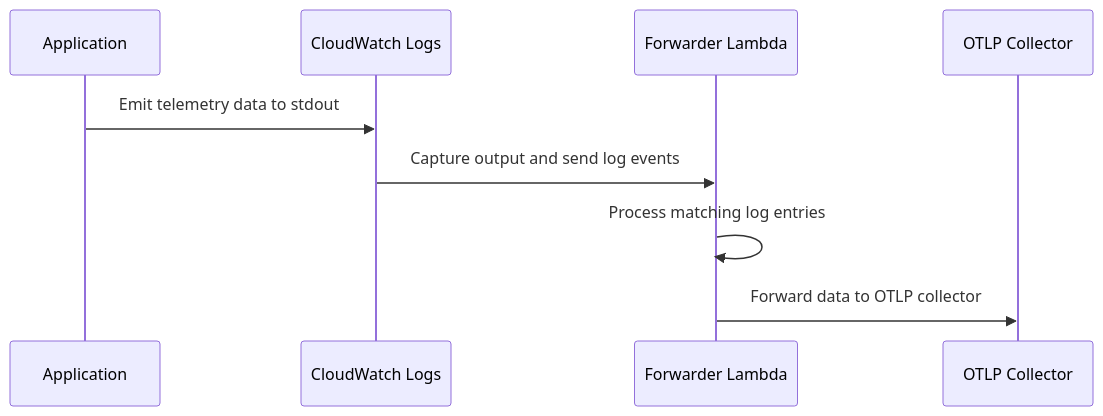
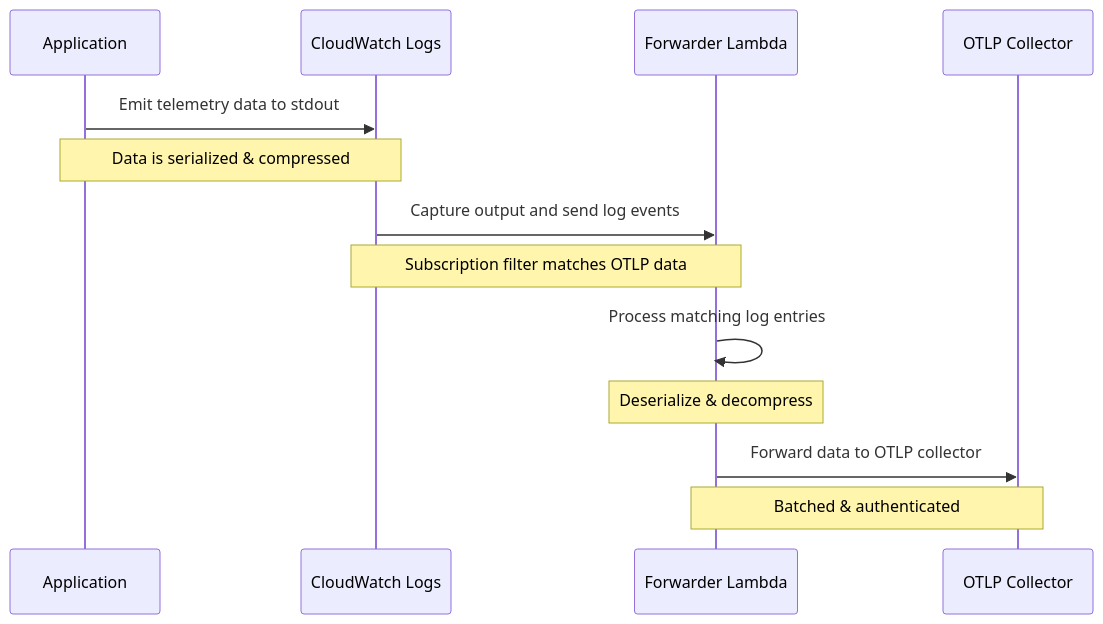
Before and after one commit to dev7a/serverless-otlp-forwarder: the second of 2 diagrams in docs/concepts/architecture.md, drawn with Mermaid. The commit also changed other lines of this file and 18 other files, not shown here.

````diff
--- a/docs/concepts/architecture.md
+++ b/docs/concepts/architecture.md
@@ -45,12 +86,16 @@
 ```mermaid
 sequenceDiagram
     participant App as Application
     participant CWL as CloudWatch Logs
     participant FL as Forwarder Lambda
     participant OC as OTLP Collector
 
     App->>CWL: Emit telemetry data to stdout
+    Note over App,CWL: Data is serialized & compressed
     CWL->>FL: Capture output and send log events
+    Note over CWL,FL: Subscription filter matches OTLP data
     FL->>FL: Process matching log entries
+    Note over FL: Deserialize & decompress
     FL->>OC: Forward data to OTLP collector
+    Note over FL,OC: Batched & authenticated
 ```
````
